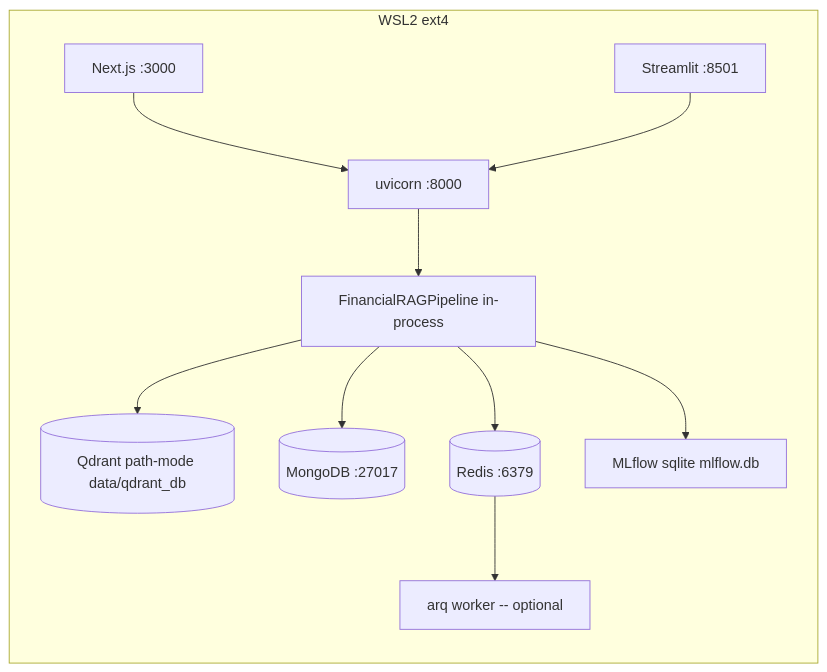
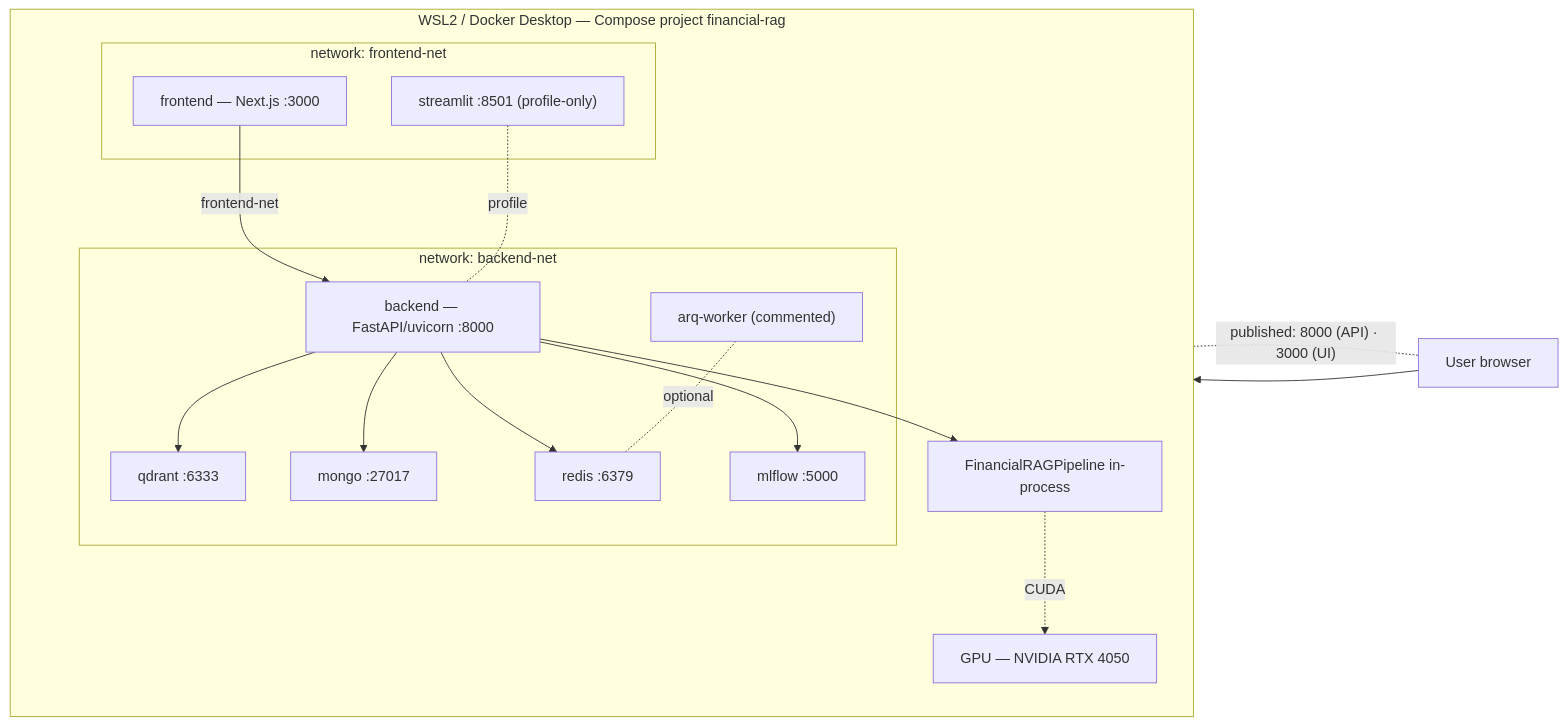
One commit to YOUSSEF-hub-dotcom/FinRAG-Production-Oriented-Financial-RAG-System changed the fourth of 4 diagrams in PROJECT_MAP.md. Above: the diagram before and after it, drawn with Mermaid. The commit also changed other lines of this file and 9 other files, not shown here.

Commit message:
docs: update PROJECT_MAP and README with full docker-compose architecture

````diff
--- a/PROJECT_MAP.md
+++ b/PROJECT_MAP.md
@@ -902,13 +951,28 @@
 ```mermaid
 flowchart LR
-    subgraph WSL2 ext4
-      UI1[Next.js :3000] --> API[uvicorn :8000]
-      UI2[Streamlit :8501] --> API
-      API --> PIPE[FinancialRAGPipeline in-process]
-      PIPE --> QD[(Qdrant path-mode data/qdrant_db)]
-      PIPE --> MO[(MongoDB :27017)]
-      PIPE --> RD[(Redis :6379)]
-      RD --> ARQ[arq worker -- optional]
-      PIPE --> ML[MLflow sqlite mlflow.db]
+    USR[User browser] --> HOST
+    subgraph HOST["WSL2 / Docker Desktop — Compose project financial-rag"]
+        subgraph FNET["network: frontend-net"]
+            FE["frontend — Next.js :3000"]
+            ST["streamlit :8501 (profile-only)"]
+        end
+        subgraph BNET["network: backend-net"]
+            API["backend — FastAPI/uvicorn :8000"]
+            QD["qdrant :6333"]
+            MO["mongo :27017"]
+            RD["redis :6379"]
+            ML["mlflow :5000"]
+            ARQ["arq-worker (commented)"]
+        end
+        FE -->|frontend-net| API
+        ST -. profile .- API
+        API --> QD
+        API --> MO
+        API --> RD
+        API --> ML
+        ARQ -. optional .- RD
+        API --> PIPE[FinancialRAGPipeline in-process]
+        PIPE -. CUDA .-> GPU[GPU — NVIDIA RTX 4050]
     end
+    HOST -. "published: 8000 (API) · 3000 (UI)" .- USR
 ```
````
